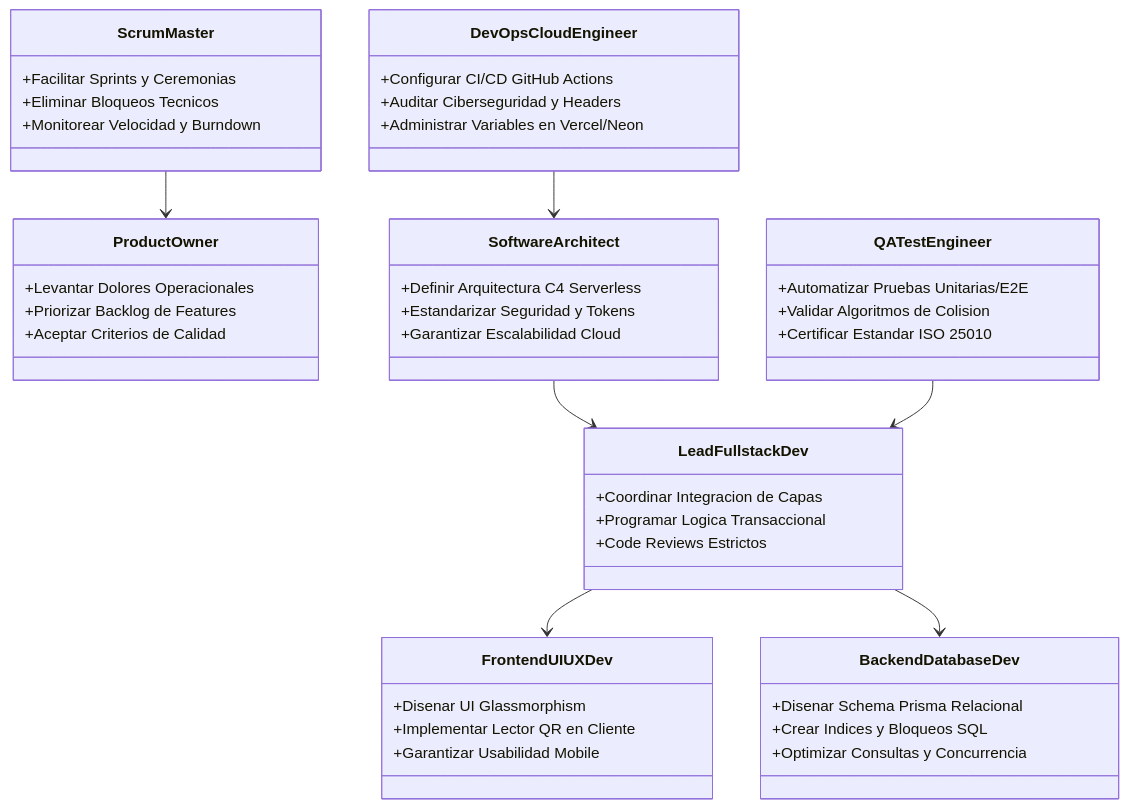
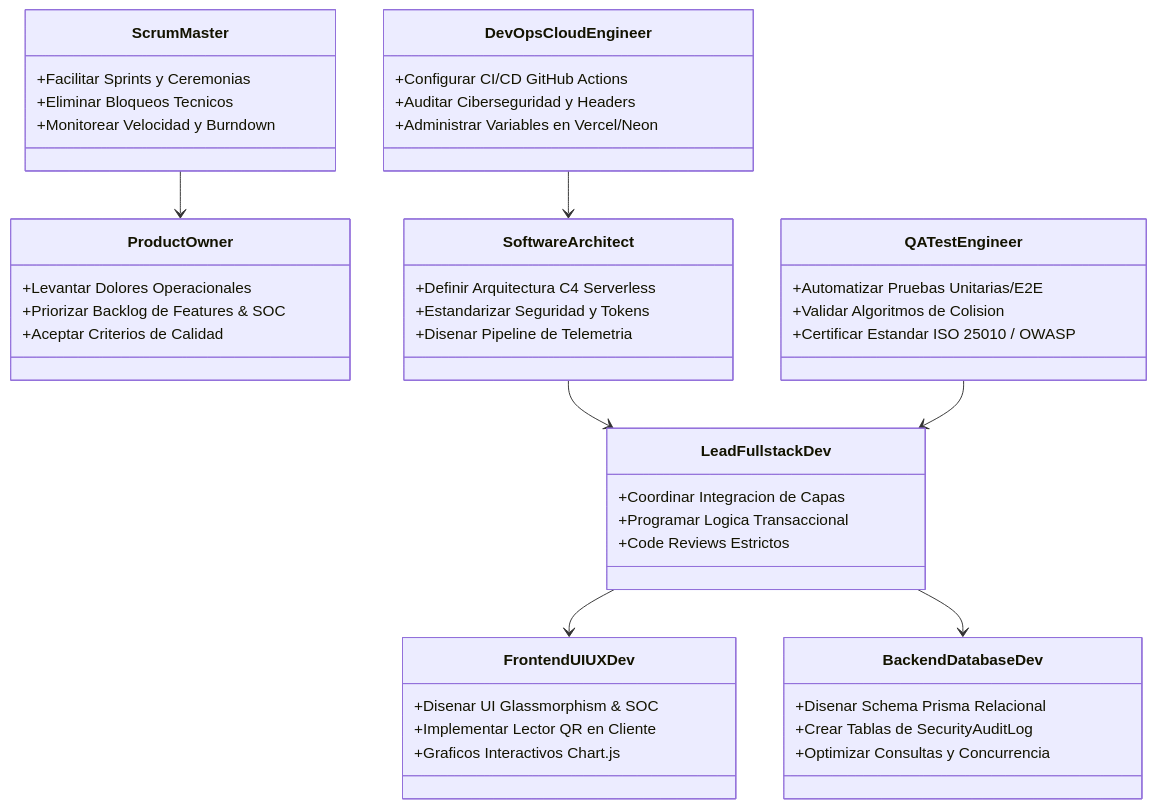
The fifth of 12 diagrams in informe_fase_1_definicion_proyecto.md (IMANDOI/sistema-gestion-auditorios-capstone), drawn with Mermaid before and after one commit. The commit also changed other lines of this file, not shown here.

Commit message:
feat(fase1): integrar Centro de Operaciones SOC y telemetria de ciberseguridad (informe_fase_1_definicion_proyecto.md)

````diff
--- a/informe_fase_1_definicion_proyecto.md
+++ b/informe_fase_1_definicion_proyecto.md
@@ -222,50 +209,50 @@
 ```mermaid
 classDiagram
     class ProductOwner {
         +Levantar Dolores Operacionales
-        +Priorizar Backlog de Features
+        +Priorizar Backlog de Features & SOC
         +Aceptar Criterios de Calidad
     }
     class ScrumMaster {
         +Facilitar Sprints y Ceremonias
         +Eliminar Bloqueos Tecnicos
         +Monitorear Velocidad y Burndown
     }
     class SoftwareArchitect {
         +Definir Arquitectura C4 Serverless
         +Estandarizar Seguridad y Tokens
-        +Garantizar Escalabilidad Cloud
+        +Disenar Pipeline de Telemetria
     }
     class LeadFullstackDev {
         +Coordinar Integracion de Capas
         +Programar Logica Transaccional
         +Code Reviews Estrictos
     }
     class FrontendUIUXDev {
-        +Disenar UI Glassmorphism
+        +Disenar UI Glassmorphism & SOC
         +Implementar Lector QR en Cliente
-        +Garantizar Usabilidad Mobile
+        +Graficos Interactivos Chart.js
     }
     class BackendDatabaseDev {
         +Disenar Schema Prisma Relacional
-        +Crear Indices y Bloqueos SQL
+        +Crear Tablas de SecurityAuditLog
         +Optimizar Consultas y Concurrencia
     }
     class QATestEngineer {
         +Automatizar Pruebas Unitarias/E2E
         +Validar Algoritmos de Colision
-        +Certificar Estandar ISO 25010
+        +Certificar Estandar ISO 25010 / OWASP
     }
     class DevOpsCloudEngineer {
         +Configurar CI/CD GitHub Actions
         +Auditar Ciberseguridad y Headers
         +Administrar Variables en Vercel/Neon
     }
 
     ScrumMaster --> ProductOwner
     SoftwareArchitect --> LeadFullstackDev
     LeadFullstackDev --> FrontendUIUXDev
     LeadFullstackDev --> BackendDatabaseDev
     QATestEngineer --> LeadFullstackDev
     DevOpsCloudEngineer --> SoftwareArchitect
 ```
````
